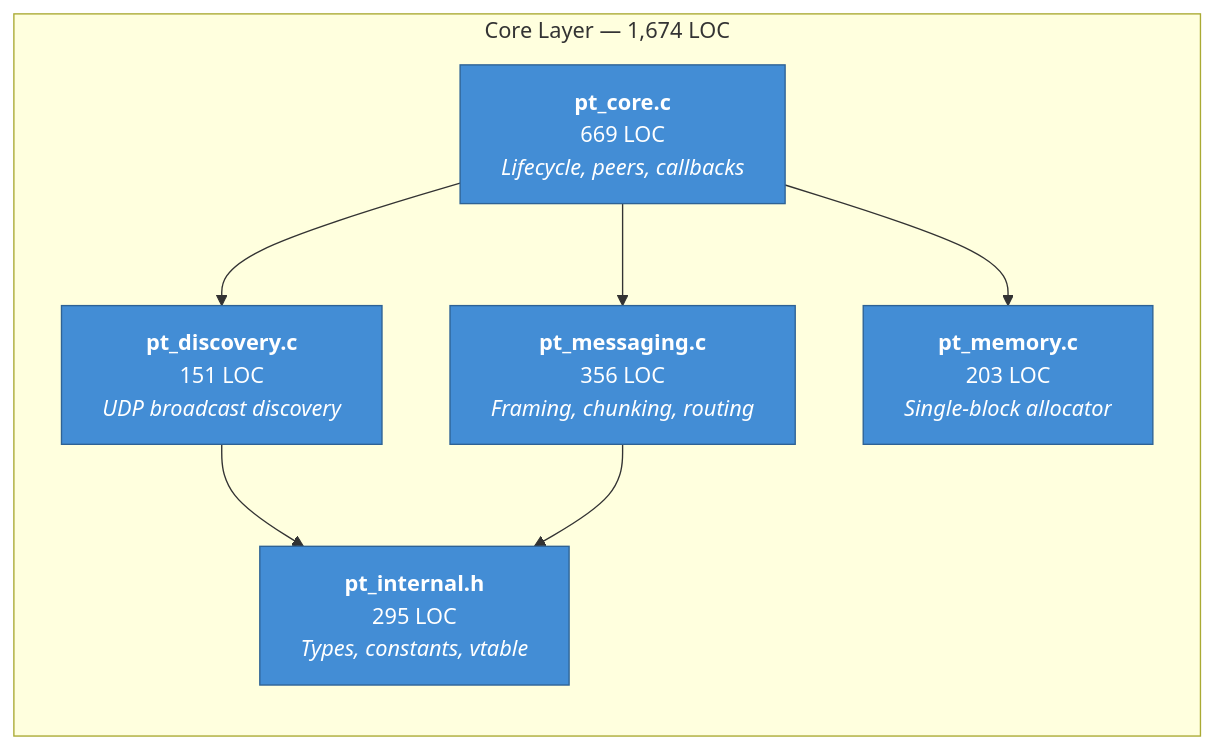
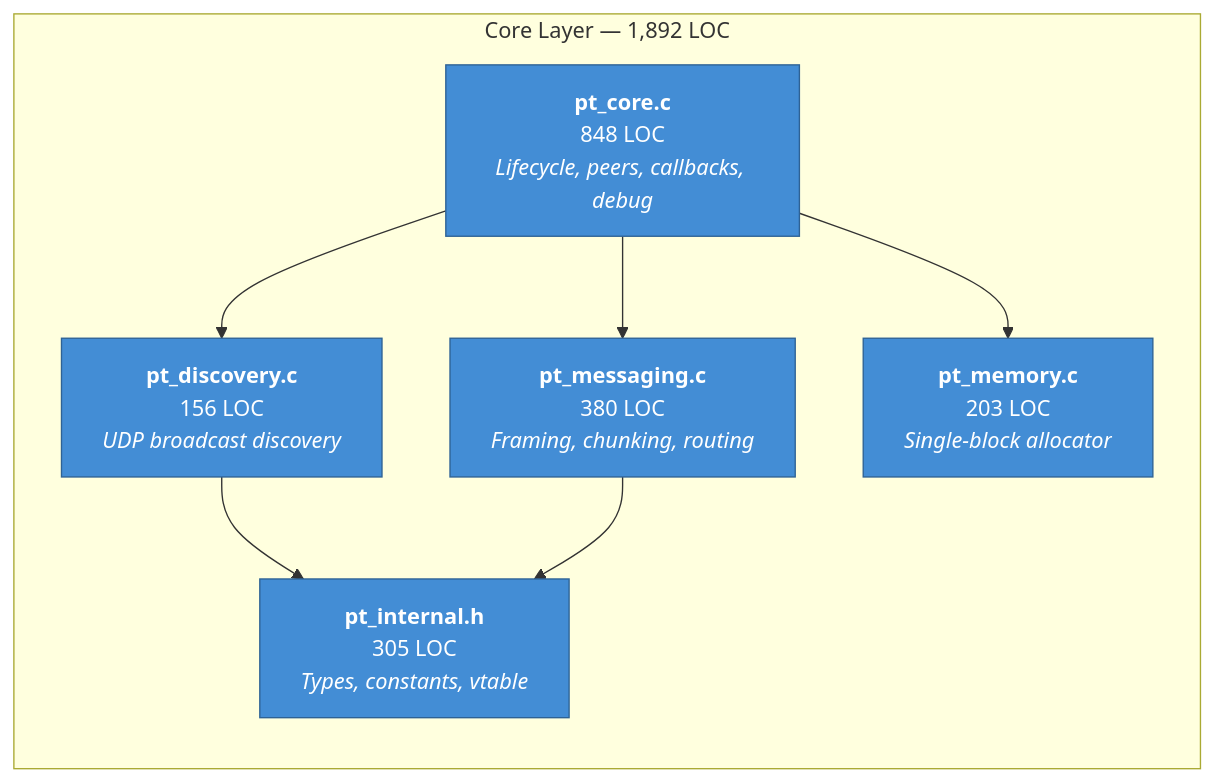
One commit to matthewdeaves/peertalk changed the third of 12 diagrams in ARCHITECTURE.md. Above: the diagram before and after it, drawn with Mermaid. The commit also changed other lines of this file and 6 other files, not shown here.

First line of the commit message:
Add PT_GetPeerRank and debug broadcast channel

````diff
--- a/ARCHITECTURE.md
+++ b/ARCHITECTURE.md
@@ -54,22 +54,22 @@
 ```mermaid
 graph LR
-    subgraph Core ["Core Layer — 1,674 LOC"]
-        ptcore["<b>pt_core.c</b><br/>669 LOC<br/><i>Lifecycle, peers, callbacks</i>"]
-        disc["<b>pt_discovery.c</b><br/>151 LOC<br/><i>UDP broadcast discovery</i>"]
-        msg["<b>pt_messaging.c</b><br/>356 LOC<br/><i>Framing, chunking, routing</i>"]
+    subgraph Core ["Core Layer — 1,892 LOC"]
+        ptcore["<b>pt_core.c</b><br/>848 LOC<br/><i>Lifecycle, peers, callbacks, debug</i>"]
+        disc["<b>pt_discovery.c</b><br/>156 LOC<br/><i>UDP broadcast discovery</i>"]
+        msg["<b>pt_messaging.c</b><br/>380 LOC<br/><i>Framing, chunking, routing</i>"]
         mem["<b>pt_memory.c</b><br/>203 LOC<br/><i>Single-block allocator</i>"]
-        internal["<b>pt_internal.h</b><br/>295 LOC<br/><i>Types, constants, vtable</i>"]
+        internal["<b>pt_internal.h</b><br/>305 LOC<br/><i>Types, constants, vtable</i>"]
     end
 
     ptcore --> disc
     ptcore --> msg
     ptcore --> mem
     disc --> internal
     msg --> internal
 
     style ptcore fill:#438dd5,stroke:#2e6295,color:#fff
     style disc fill:#438dd5,stroke:#2e6295,color:#fff
     style msg fill:#438dd5,stroke:#2e6295,color:#fff
     style mem fill:#438dd5,stroke:#2e6295,color:#fff
     style internal fill:#438dd5,stroke:#2e6295,color:#fff
 ```
````
